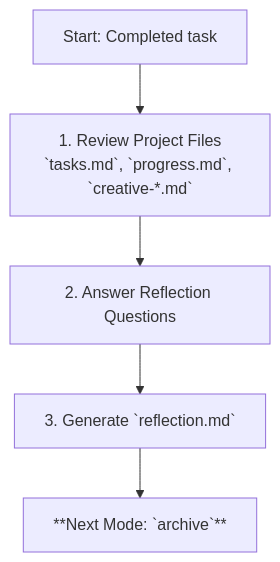
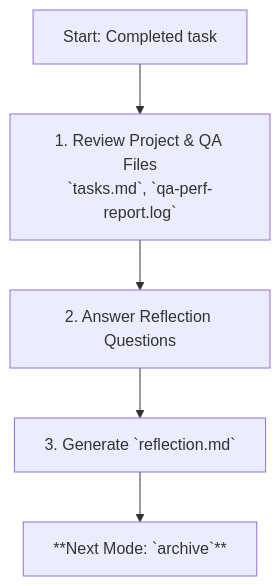
One commit to mldsqc/memory-bank changed the diagram in v5_geminipro/modes/reflect_mode.mdc. Above: the diagram before and after it, drawn with Mermaid. The commit also changed other lines of this file and 5 other files, not shown here.

````diff
--- a/v5_geminipro/modes/reflect_mode.mdc
+++ b/v5_geminipro/modes/reflect_mode.mdc
@@ -12,7 +12,7 @@
 ```mermaid
 graph TD
-    A["Start: Completed task"] --> B["1. Review Project Files<br>`tasks.md`, `progress.md`, `creative-*.md`"];
+    A["Start: Completed task"] --> B["1. Review Project & QA Files<br>`tasks.md`, `qa-perf-report.log`"];
     B --> C["2. Answer Reflection Questions"];
     C --> D["3. Generate `reflection.md`"];
     D --> E["**Next Mode: `archive`**"];
 ```
````
